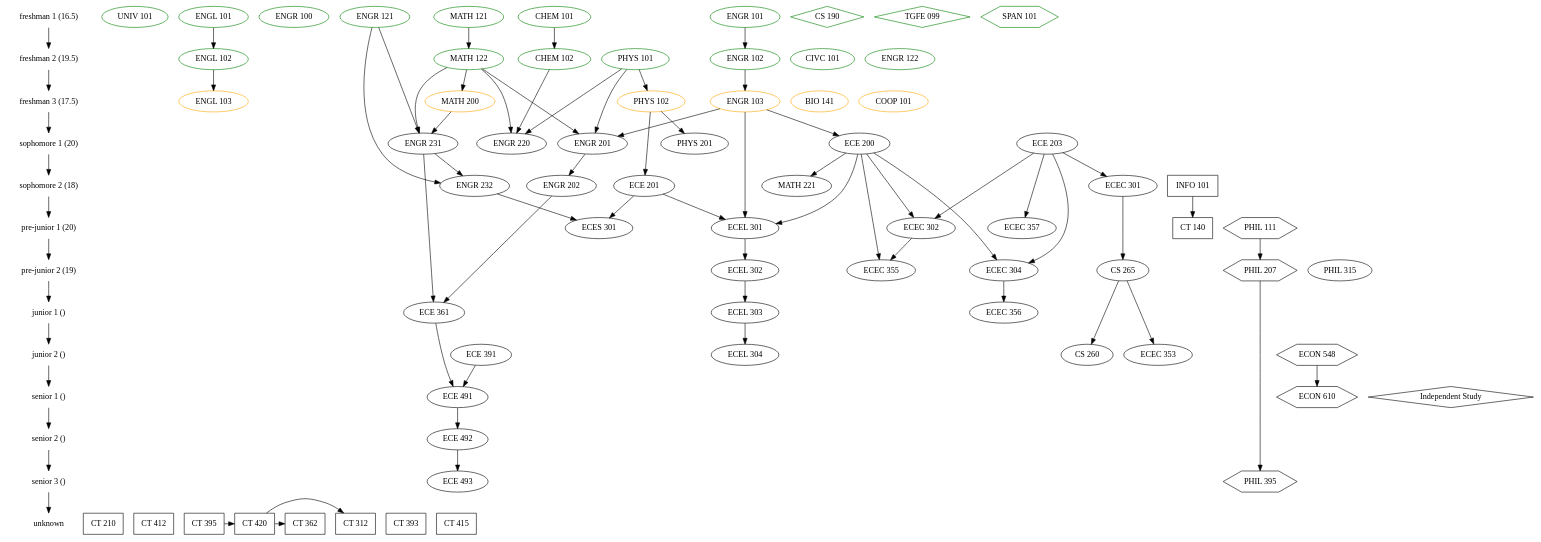
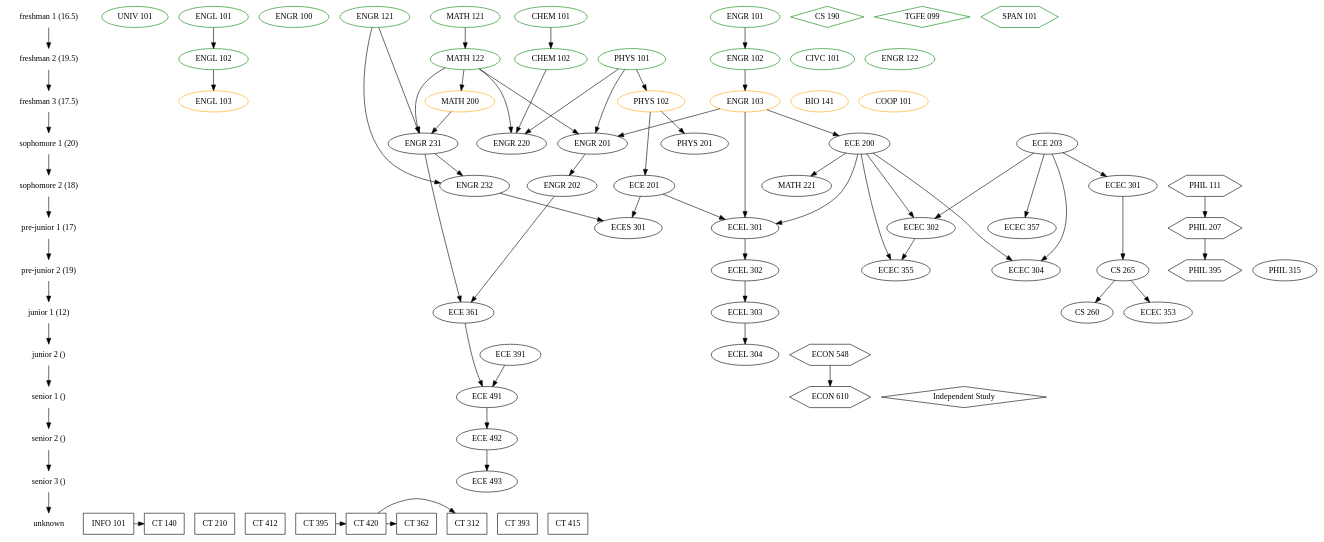
The diagram in classes.gv (Theodus/coursework), drawn with Graphviz before and after one commit.

Commit message:
move minor to unknown

```diff
--- a/classes.gv
+++ b/classes.gv
@@ -1,183 +1,182 @@
 /* Key:
 
 color:
 green = already taken
 orange = currently taking
 black = not taken
 
 shape:
 ellipse = fixed major degree requirement
 diamond = free elective
 hexagon = general education elective
 box = minor degree requirement
 
 */
 
 digraph Classes {
 
   { node [shape=plaintext]
     "freshman 1 (16.5)" ->
     "freshman 2 (19.5)" ->
     "freshman 3 (17.5)" ->
     "sophomore 1 (20)" ->
     "sophomore 2 (18)" ->
-    "pre-junior 1 (20)" ->
+    "pre-junior 1 (17)" ->
     "pre-junior 2 (19)" ->
-    "junior 1 ()" ->
+    "junior 1 (12)" ->
     "junior 2 ()" ->
     "senior 1 ()" ->
     "senior 2 ()" ->
     "senior 3 ()" ->
     "unknown"
   }
 
   { node [color=green]
     { rank=same "freshman 1 (16.5)"
       "UNIV 101"
       "ENGL 101"
       "ENGR 100"
       "CHEM 101"
       "ENGR 101"
       "ENGR 121"
       "MATH 121"
 
       // AP Credit
       "CS 190" [shape=diamond]
       "TGFE 099" [shape=diamond]
       "SPAN 101" [shape=hexagon]
     }
     { rank=same "freshman 2 (19.5)"
       "CIVC 101"
       "ENGL 102"
       "CHEM 102"
       "ENGR 102"
       "ENGR 122"
       "MATH 122"
       "PHYS 101"
     }
   }
   { node [color=orange]
     { rank=same "freshman 3 (17.5)"
       "ENGL 103"
       "ENGR 103"
       "BIO 141"
       "COOP 101"
       "PHYS 102"
       "MATH 200"
     }
   }
   { rank=same "sophomore 1 (20)"
     "ENGR 231"
     "PHYS 201"
     "ENGR 220"
     "ECE 200"
     "ENGR 201"
     "ECE 203"
   }
   { rank=same "sophomore 2 (18)"
     "ENGR 232"
     "MATH 221"
     "ECE 201"
     "ENGR 202"
     "ECEC 301"
-    "INFO 101" [shape=box]
+    "PHIL 111" [shape=hexagon]
   }
-  { rank=same "pre-junior 1 (20)"
+  { rank=same "pre-junior 1 (17)"
     "ECES 301"
     "ECEC 302"
     "ECEL 301"
     "ECEC 357"
-    "CT 140" [shape=box]
-    "PHIL 111" [shape=hexagon]
+    "PHIL 207" [shape=hexagon]
   }
   { rank=same "pre-junior 2 (19)"
     "ECEC 304"
     "ECEC 355"
     "ECEL 302"
     "PHIL 315"
     "CS 265"
-    "PHIL 207" [shape=hexagon]
+    "PHIL 395" [shape=hexagon]
   }
-  { rank=same "junior 1 ()"
-    "ECEC 356"
+  { rank=same "junior 1 (12)"
     "ECEL 303"
     "ECE 361"
+    "ECEC 353"
+    "CS 260"
   }
   { rank=same "junior 2 ()"
-    "ECEC 353"
-    "CS 260"
     "ECEL 304"
     "ECE 391"
     "ECON 548" [shape=hexagon]
   }
   { rank=same "senior 1 ()"
     "ECE 491"
     "ECON 610" [shape=hexagon]
     "Independent Study" [shape=diamond]
   }
   { rank=same "senior 2 ()"
     "ECE 492"
   }
   { rank=same "senior 3 ()"
     "ECE 493"
-    "PHIL 395" [shape=hexagon]
   }
   { rank=same "unknown"
+    "INFO 101" [shape=box]
+    "CT 140" [shape=box]
     "CT 210" [shape=box]
     "CT 412" [shape=box]
     "CT 395" [shape=box]
     "CT 393" [shape=box]
     "CT 415" [shape=box]
     "CT 420" [shape=box]
     "CT 312" [shape=box]
     "CT 362" [shape=box]
   }
 
   // General Education/Liberal Studies
 
   "CIVC 101"
   "ENGL 101" -> "ENGL 102" -> "ENGL 103"
   "PHIL 315"
   "UNIV 101"
 
   "PHIL 111" -> "PHIL 207" -> "PHIL 395"
   "ECON 548" -> "ECON 610"
 
   // Foundation Requirements
 
   "BIO 141"
   "CHEM 101" -> "CHEM 102"
   "PHYS 101" -> "PHYS 102" -> "PHYS 201"
   "PHYS 102" -> "ECE 201"
   "MATH 121" -> "MATH 122" -> "MATH 200" -> "ENGR 231"
   "ENGR 101" -> "ENGR 102" -> "ENGR 103" -> "ECE 200" -> "MATH 221"
   "ECE 203"
   {"MATH 122" "PHYS 101" "ENGR 103"} -> "ENGR 201" -> "ENGR 202"
   {"CHEM 102" "MATH 122" "PHYS 101"} -> "ENGR 220"
   {"MATH 122" "ENGR 121"} -> "ENGR 231"
   {"ENGR 231" "ENGR 121"} -> "ENGR 232"
 
   // Professional Requirements
 
   "ECE 203" -> "ECEC 301" -> "CS 265" -> "CS 260"
   {"ENGR 202" "ENGR 231"} -> "ECE 361"
   {"ECE 391" "ECE 361"} -> "ECE 491" -> "ECE 492" -> "ECE 493"
   {"ECE 203" "ECE 200"} -> "ECEC 302"
-  {"ECE 200" "ECE 203"} -> "ECEC 304" -> "ECEC 356"
+  {"ECE 200" "ECE 203"} -> "ECEC 304"
   "CS 265" -> "ECEC 353"
   {"ECE 200" "ECEC 302"} -> "ECEC 355"
   "ECE 203" -> "ECEC 357"
   {"ENGR 103" "ECE 200" "ECE 201"} -> 
     "ECEL 301" -> "ECEL 302" -> "ECEL 303" -> "ECEL 304"
   {"ENGR 232" "ECE 201"} -> "ECES 301"
 
   // Minor in Security Technology
 
   "INFO 101" -> "CT 140"
   "CT 210"
   "CT 412"
   "CT 395" -> "CT 420" -> "CT 312"
   "CT 420" -> "CT 362"
   "CT 393"
   "CT 415"
 }
```
